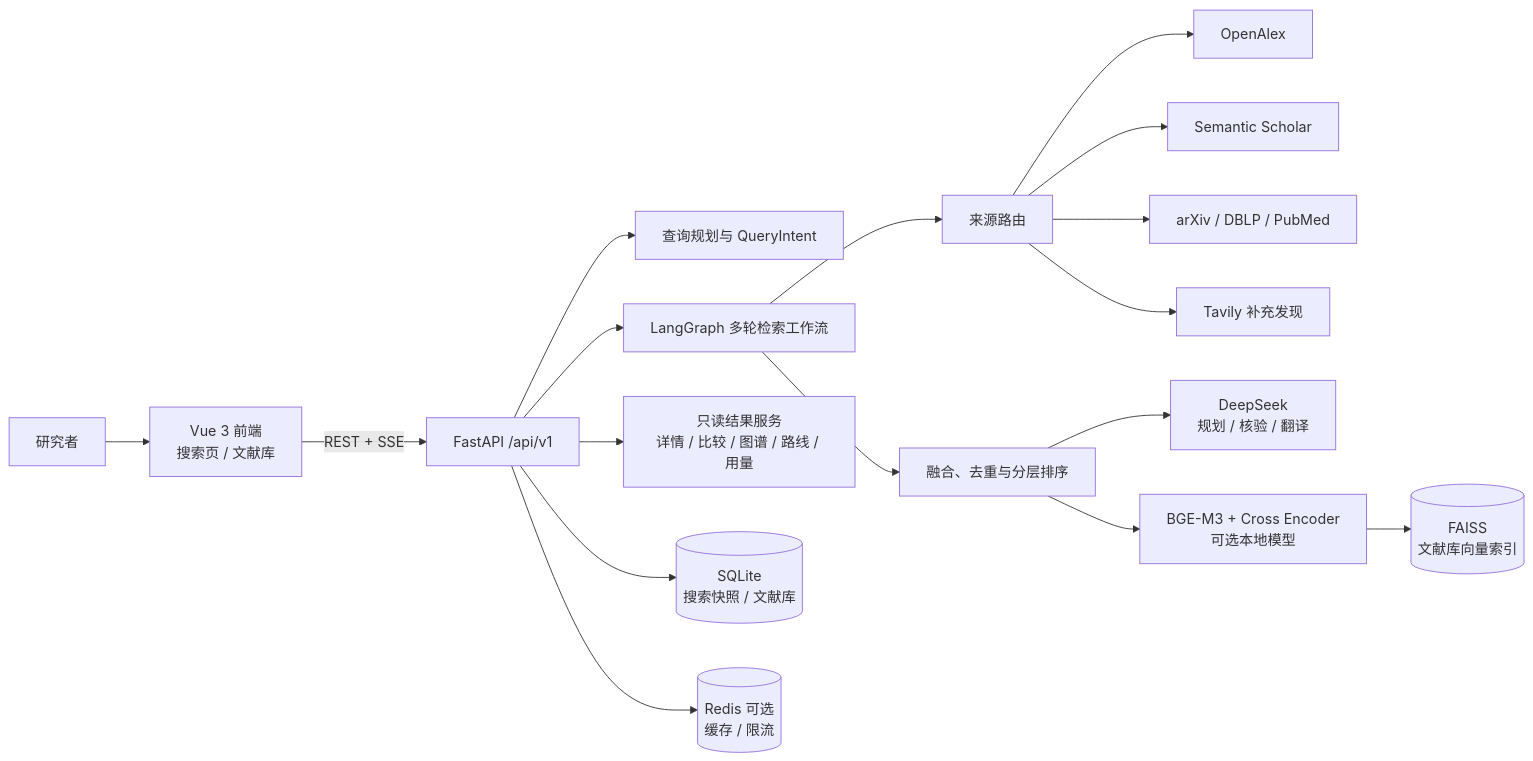
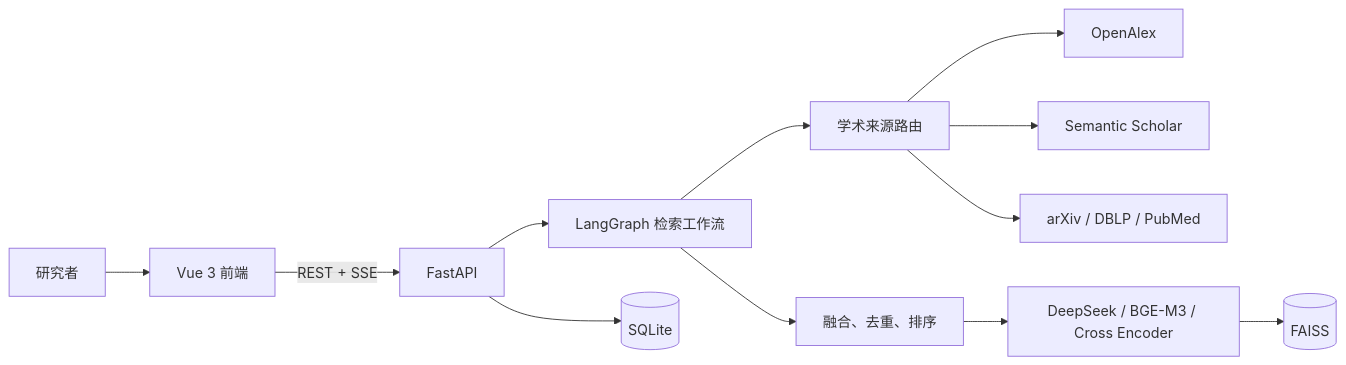
The diagram in README.md (pikeduo/ScholarFlow), drawn with Mermaid before and after one commit. The commit also changed other lines of this file, not shown here.

````diff
--- a/README.md
+++ b/README.md
@@ -18,21 +18,14 @@
 ```mermaid
 flowchart LR
-    U[研究者] --> F[Vue 3 前端\n搜索页 / 文献库]
-    F -->|REST + SSE| A[FastAPI /api/v1]
-    A --> Q[查询规划与 QueryIntent]
-    A --> W[LangGraph 多轮检索工作流]
-    A --> R[只读结果服务\n详情 / 比较 / 图谱 / 路线 / 用量]
-
-    W --> S[来源路由]
+    U[研究者] --> F[Vue 3 前端]
+    F -->|REST + SSE| A[FastAPI]
+    A --> W[LangGraph 检索工作流]
+    W --> S[学术来源路由]
     S --> OA[OpenAlex]
     S --> SS[Semantic Scholar]
-    S --> AX[arXiv / DBLP / PubMed]
-    S --> TV[Tavily 补充发现]
-    W --> RK[融合、去重与分层排序]
-    RK --> LLM[DeepSeek\n规划 / 核验 / 翻译]
-    RK --> LM[BGE-M3 + Cross Encoder\n可选本地模型]
-
-    A --> SQL[(SQLite\n搜索快照 / 文献库)]
-    A --> REDIS[(Redis 可选\n缓存 / 限流)]
-    LM --> FAISS[(FAISS\n文献库向量索引)]
+    S --> EX[arXiv / DBLP / PubMed]
+    W --> R[融合、去重、排序]
+    R --> L[DeepSeek / BGE-M3 / Cross Encoder]
+    A --> DB[(SQLite)]
+    L --> FAISS[(FAISS)]
 ```
````
